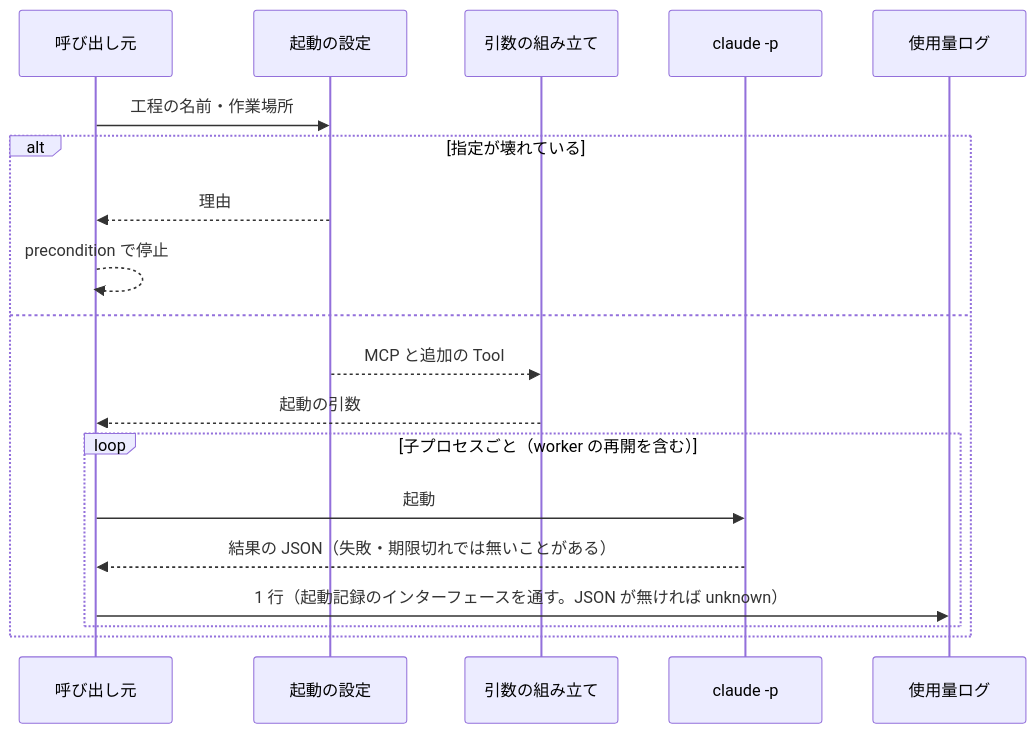
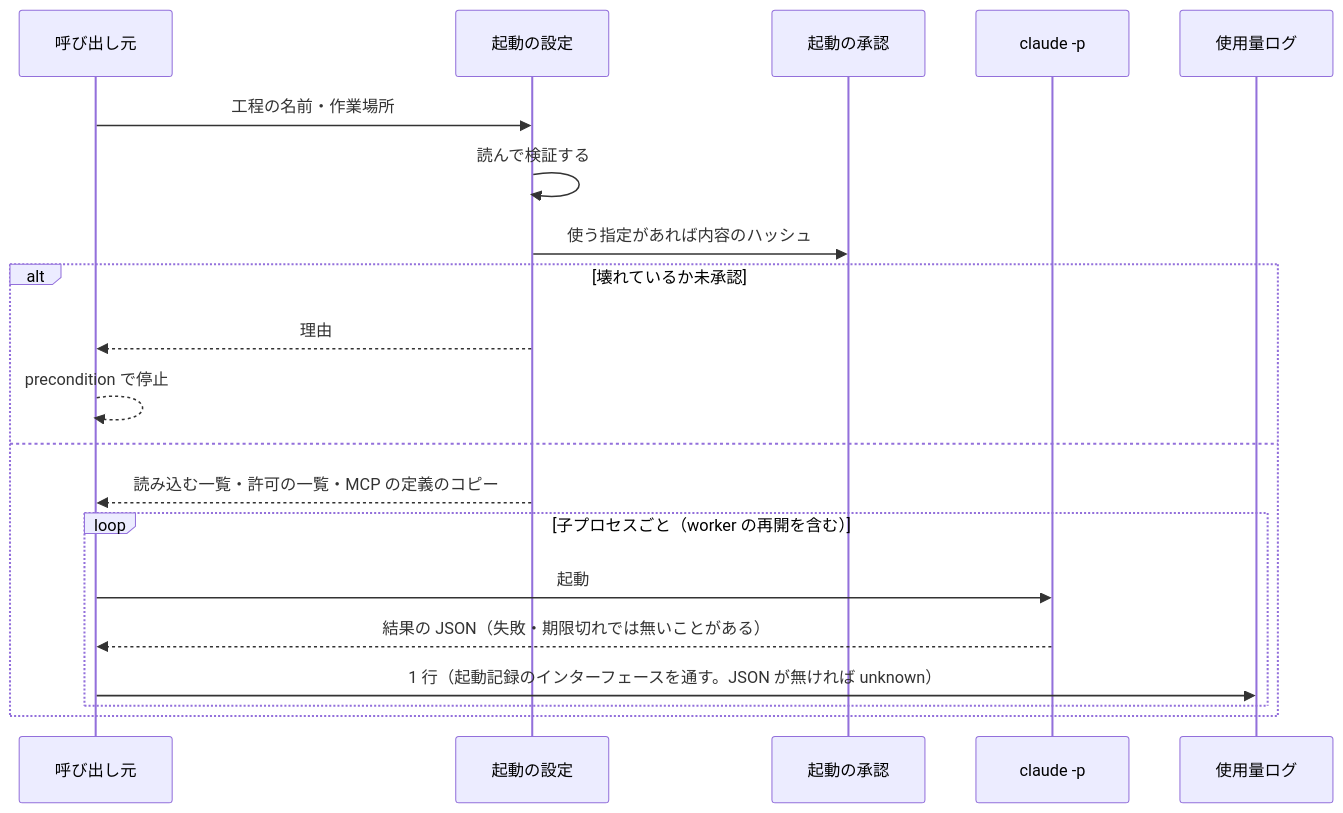
One commit to devbasex/ai-plugins changed the fourth of 4 diagrams in issues/issue-1959-design.md. Above: the diagram before and after it, drawn with Mermaid. The commit also changed other lines of this file and 6 other files, not shown here.

````diff
--- a/issues/issue-1959-design.md
+++ b/issues/issue-1959-design.md
@@ -314,21 +415,22 @@
 ```mermaid
 sequenceDiagram
     participant C as 呼び出し元
     participant G as 起動の設定
-    participant A as 引数の組み立て
+    participant V as 起動の承認
     participant P as claude -p
     participant U as 使用量ログ
     C->>G: 工程の名前・作業場所
-    alt 指定が壊れている
+    G->>G: 読んで検証する
+    G->>V: 使う指定があれば内容のハッシュ
+    alt 壊れているか未承認
         G-->>C: 理由
         C-->>C: precondition で停止
     else
-        G-->>A: MCP と追加の Tool
-        A-->>C: 起動の引数
+        G-->>C: 読み込む一覧・許可の一覧・MCP の定義のコピー
         loop 子プロセスごと（worker の再開を含む）
             C->>P: 起動
             P-->>C: 結果の JSON（失敗・期限切れでは無いことがある）
             C->>U: 1 行（起動記録のインターフェースを通す。JSON が無ければ unknown）
         end
     end
 ```
````
